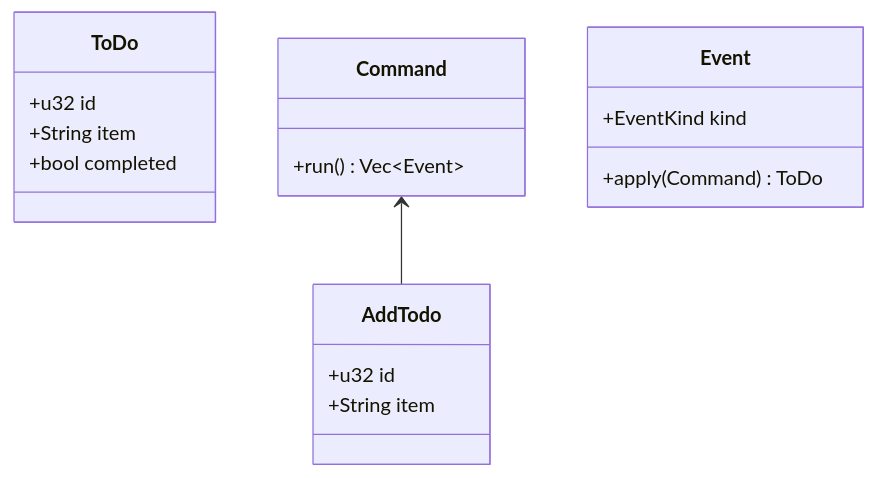
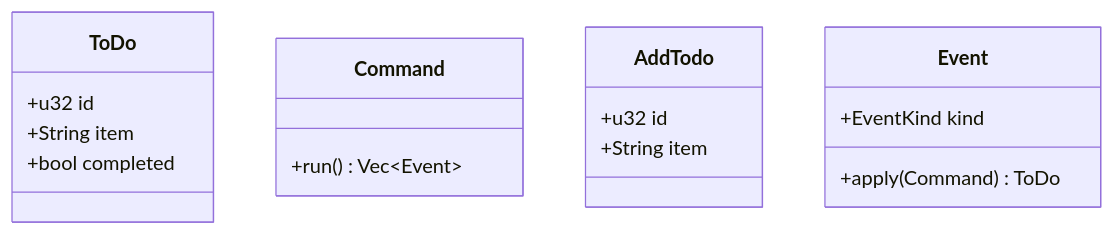
The diagram in src/site/notes/Atlas/SwiftUI + SwiftData + Rust Domain Core.md (graysonarts/digital-garden), drawn with Mermaid before and after one commit. The commit also changed other lines of this file, not shown here.

````diff
--- a/src/site/notes/Atlas/SwiftUI + SwiftData + Rust Domain Core.md
+++ b/src/site/notes/Atlas/SwiftUI + SwiftData + Rust Domain Core.md
@@ -44,14 +44,13 @@
 ```mermaid
 classDiagram
   class ToDo
   ToDo: +u32 id
   ToDo: +String item
   ToDo: +bool completed
-  Command <-- AddTodo
   Command : +run() Vec~Event~
   AddTodo : +u32 id
   AddTodo : +String item
   class Event
   Event : +EventKind kind
   Event : +apply(Command) ToDo
 ```
````
